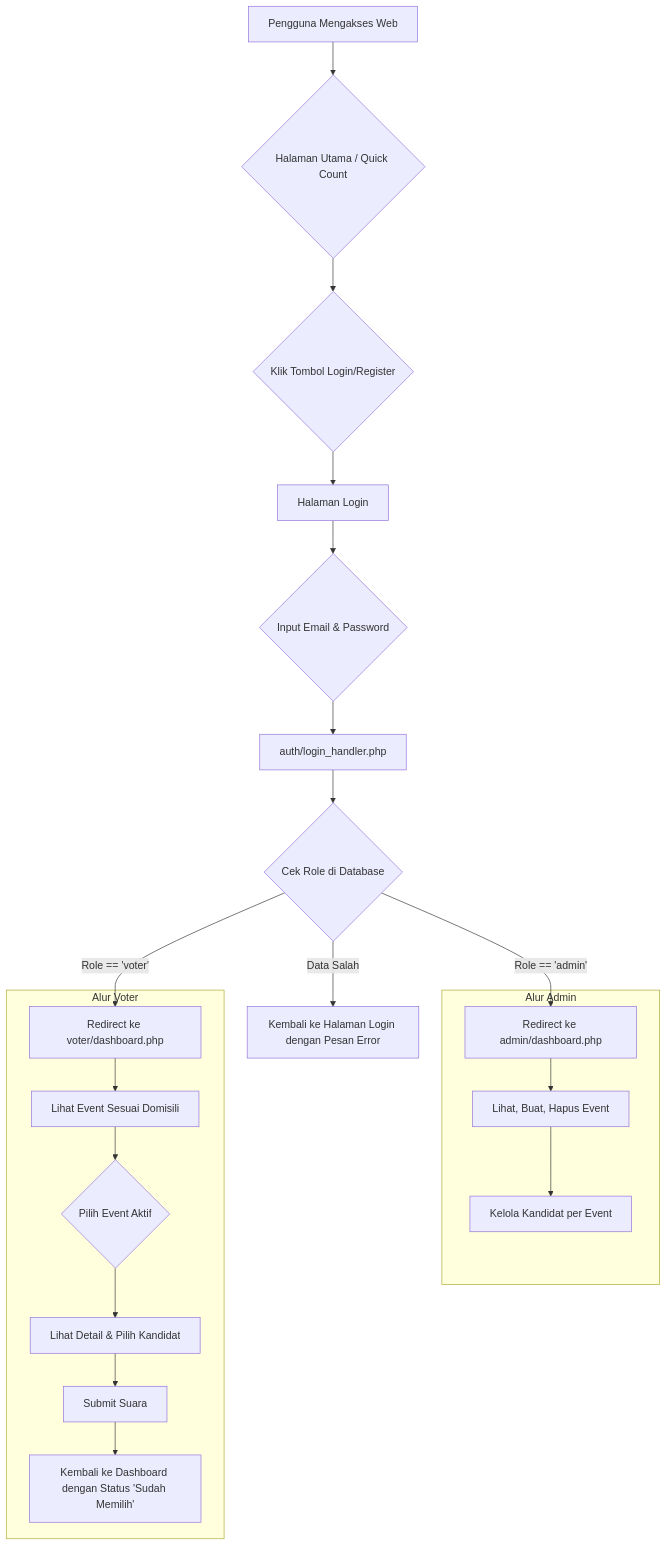
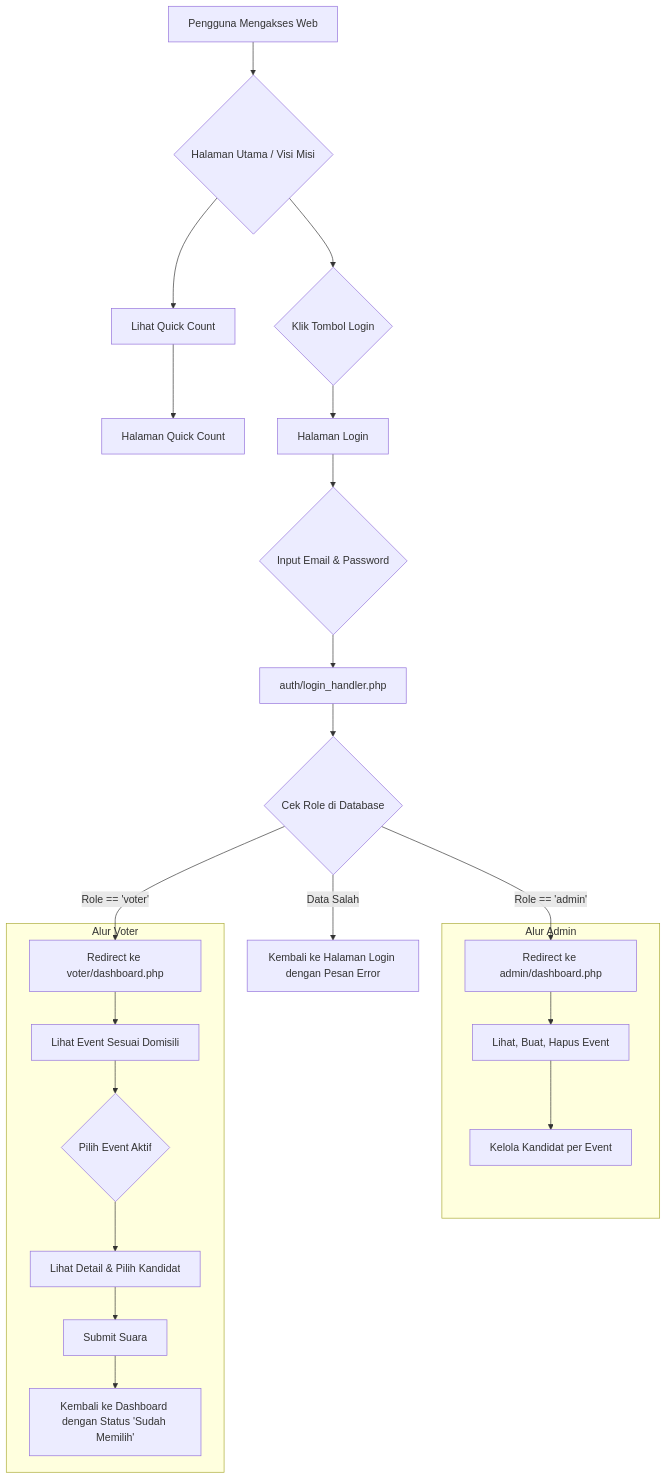
Before and after one commit to sirjosev/Help_HazelWebOnlineVote2: the diagram in README.md, drawn with Mermaid. The commit also changed other lines of this file and 2 other files, not shown here.

First line of the commit message:
feat: Display vision/mission on landing page and move quick count

````diff
--- a/README.md
+++ b/README.md
@@ -79,26 +80,28 @@
 ```mermaid
 graph TD
-    A[Pengguna Mengakses Web] --> B{Halaman Utama / Quick Count};
-    B --> C{Klik Tombol Login/Register};
+    A[Pengguna Mengakses Web] --> B{Halaman Utama / Visi Misi};
+    B --> B1[Lihat Quick Count];
+    B1 --> B2[Halaman Quick Count];
+    B --> C{Klik Tombol Login};
     C --> D[Halaman Login];
     D --> E{Input Email & Password};
     E --> F[auth/login_handler.php];
     F --> G{Cek Role di Database};
 
     G -->|Role == 'admin'| H[Redirect ke admin/dashboard.php];
     G -->|Role == 'voter'| I[Redirect ke voter/dashboard.php];
     G -->|Data Salah| J[Kembali ke Halaman Login dengan Pesan Error];
 
     subgraph "Alur Admin"
         H --> H1[Lihat, Buat, Hapus Event];
         H1 --> H2[Kelola Kandidat per Event];
     end
 
     subgraph "Alur Voter"
         I --> I1[Lihat Event Sesuai Domisili];
         I1 --> I2{Pilih Event Aktif};
         I2 --> I3[Lihat Detail & Pilih Kandidat];
         I3 --> I4[Submit Suara];
         I4 --> I5[Kembali ke Dashboard dengan Status 'Sudah Memilih'];
     end
 ```
````
